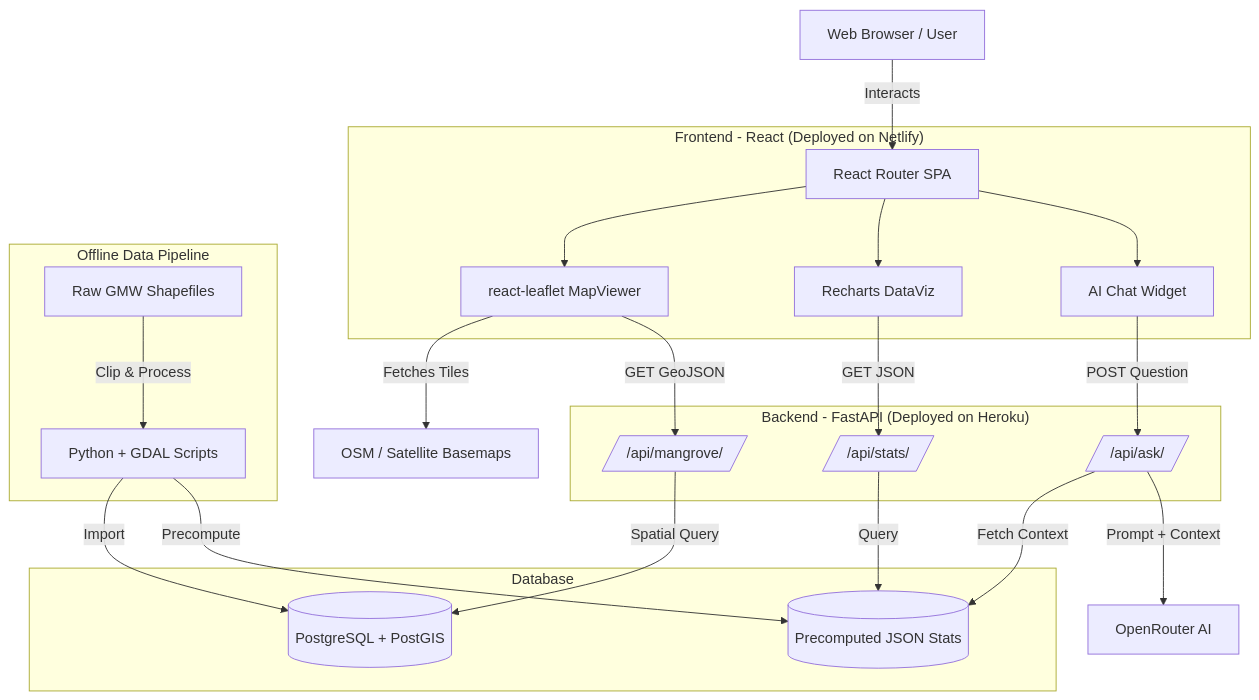
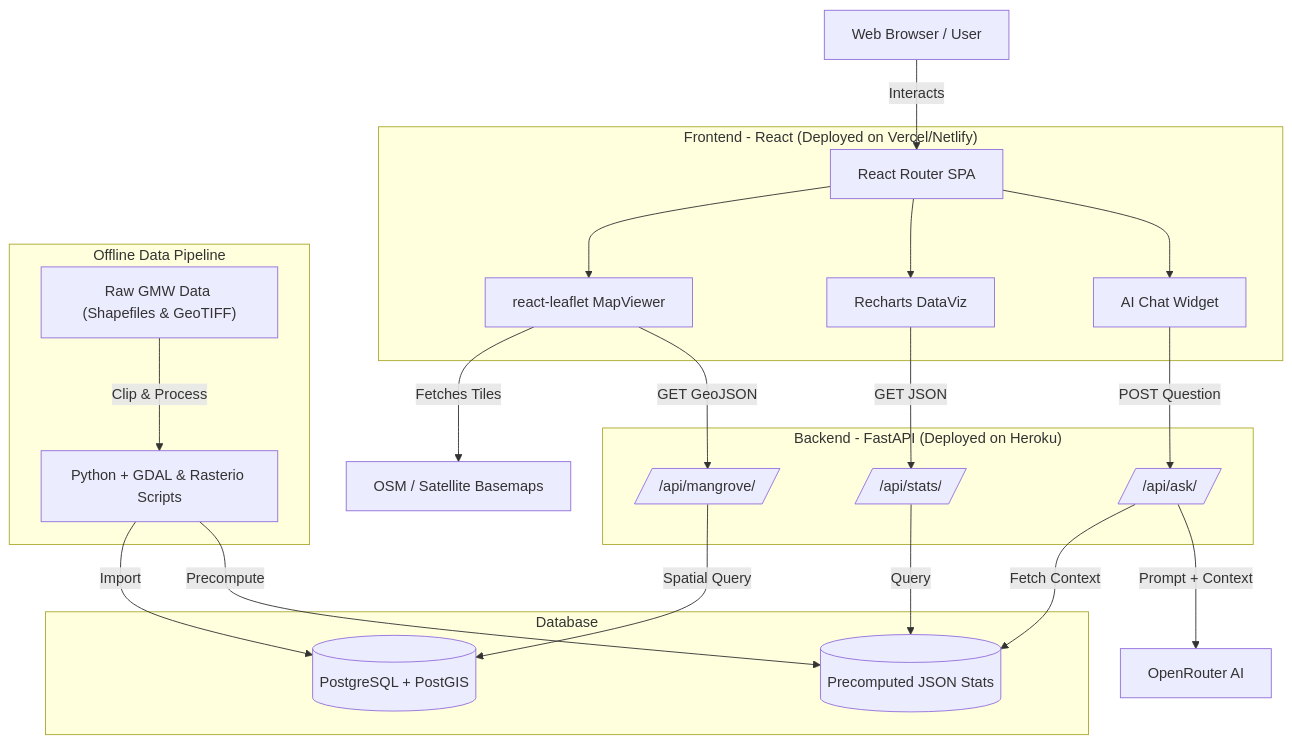
The diagram in ARCHITECTURE.md (titan2903/MangroveSight), drawn with Mermaid before and after one commit. The commit also changed other lines of this file and 4 other files, not shown here.

Commit message:
chore: update project scope to include 2022 data, shift to Vercel primary deployment, and document new toolchain additions

````diff
--- a/ARCHITECTURE.md
+++ b/ARCHITECTURE.md
@@ -9,55 +9,55 @@
 ```mermaid
 graph TD
     %% User and External Services
     User["Web Browser / User"]
     OpenRouter["OpenRouter AI"]
     OSM["OSM / Satellite Basemaps"]
 
     %% Frontend (Netlify)
-    subgraph Frontend ["Frontend - React (Deployed on Netlify)"]
+    subgraph Frontend ["Frontend - React (Deployed on Vercel/Netlify)"]
         UI["React Router SPA"]
         Map["react-leaflet MapViewer"]
         Chart["Recharts DataViz"]
         Chat["AI Chat Widget"]
       
         UI --> Map
         UI --> Chart
         UI --> Chat
     end
 
     %% Backend (Heroku)
     subgraph Backend ["Backend - FastAPI (Deployed on Heroku)"]
         API_Mangrove[/"/api/mangrove/"/]
         API_Stats[/"/api/stats/"/]
         API_Ask[/"/api/ask/"/]
     end
 
     %% Database (Heroku Add-on)
     subgraph Database ["Database"]
         PostGIS[("PostgreSQL + PostGIS")]
         JSON_Stats[("Precomputed JSON Stats")]
     end
 
     %% Data Pipeline (Offline)
     subgraph DataPipeline ["Offline Data Pipeline"]
-        RawData["Raw GMW Shapefiles"]
-        PythonScripts["Python + GDAL Scripts"]
+        RawData["Raw GMW Data (Shapefiles & GeoTIFF)"]
+        PythonScripts["Python + GDAL & Rasterio Scripts"]
     end
 
     %% Relationships
     User -->|Interacts| UI
     Map -->|Fetches Tiles| OSM
   
     Map -->|GET GeoJSON| API_Mangrove
     Chart -->|GET JSON| API_Stats
     Chat -->|POST Question| API_Ask
 
     API_Mangrove -->|Spatial Query| PostGIS
     API_Stats -->|Query| JSON_Stats
     API_Ask -->|Fetch Context| JSON_Stats
     API_Ask -->|Prompt + Context| OpenRouter
 
     RawData -->|Clip & Process| PythonScripts
     PythonScripts -->|Import| PostGIS
     PythonScripts -->|Precompute| JSON_Stats
 ```
````
